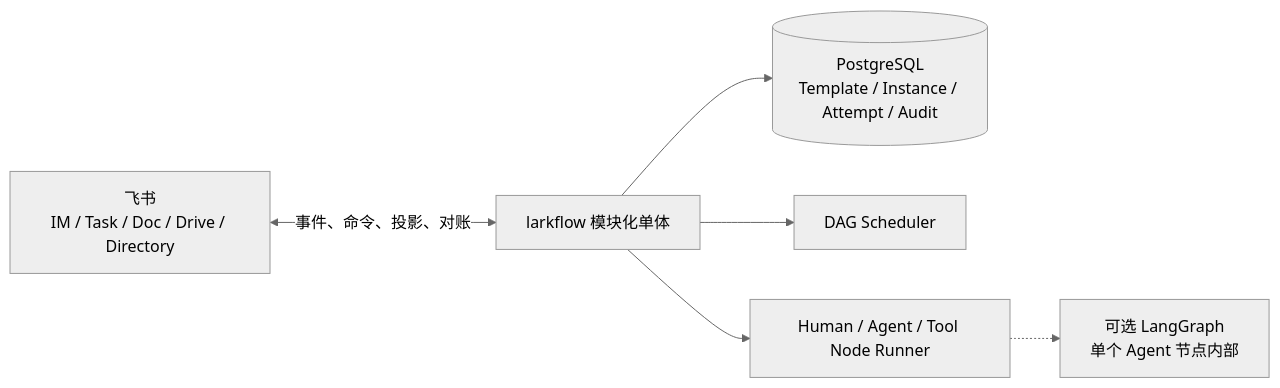
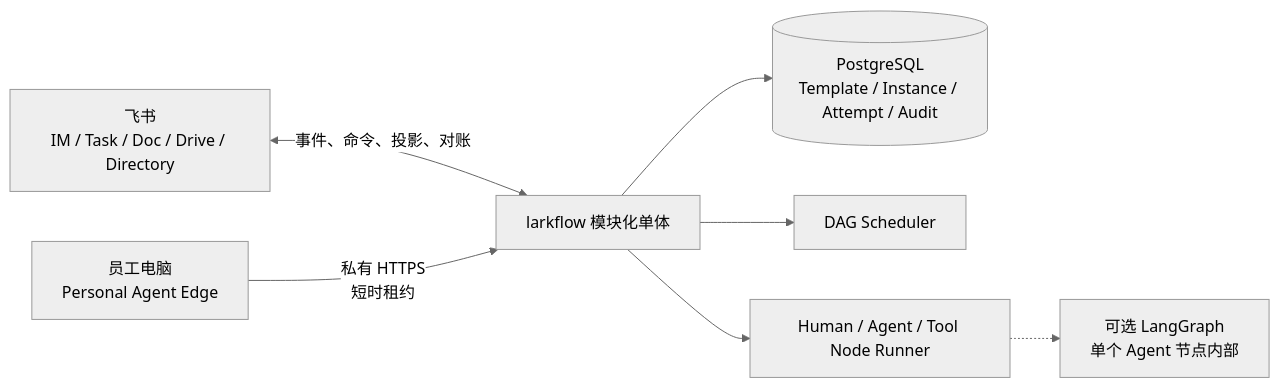
One commit to iyuenan3/larkflow changed the diagram in README.md. Above: the diagram before and after it, drawn with Mermaid (neutral theme). The commit also changed other lines of this file and 33 other files, not shown here.

Commit message:
feat(workflow): add personal agent edge proof

````diff
--- a/README.md
+++ b/README.md
@@ -53,8 +54,9 @@
 ```mermaid
 flowchart LR
     F["飞书<br/>IM / Task / Doc / Drive / Directory"] <-->|"事件、命令、投影、对账"| C["larkflow 模块化单体"]
+    E["员工电脑<br/>Personal Agent Edge"] -->|"私有 HTTPS<br/>短时租约"| C
     C --> P[("PostgreSQL<br/>Template / Instance / Attempt / Audit")]
     C --> S["DAG Scheduler"]
     C --> R["Human / Agent / Tool Node Runner"]
     R -.-> L["可选 LangGraph<br/>单个 Agent 节点内部"]
 ```
````
